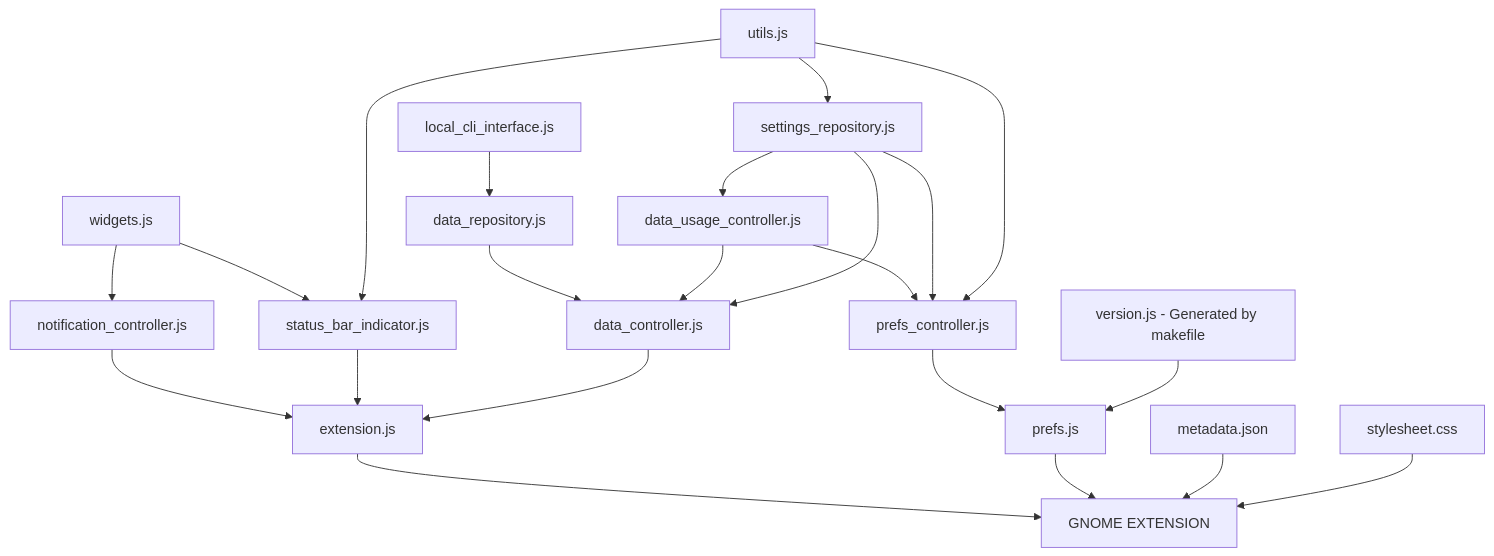
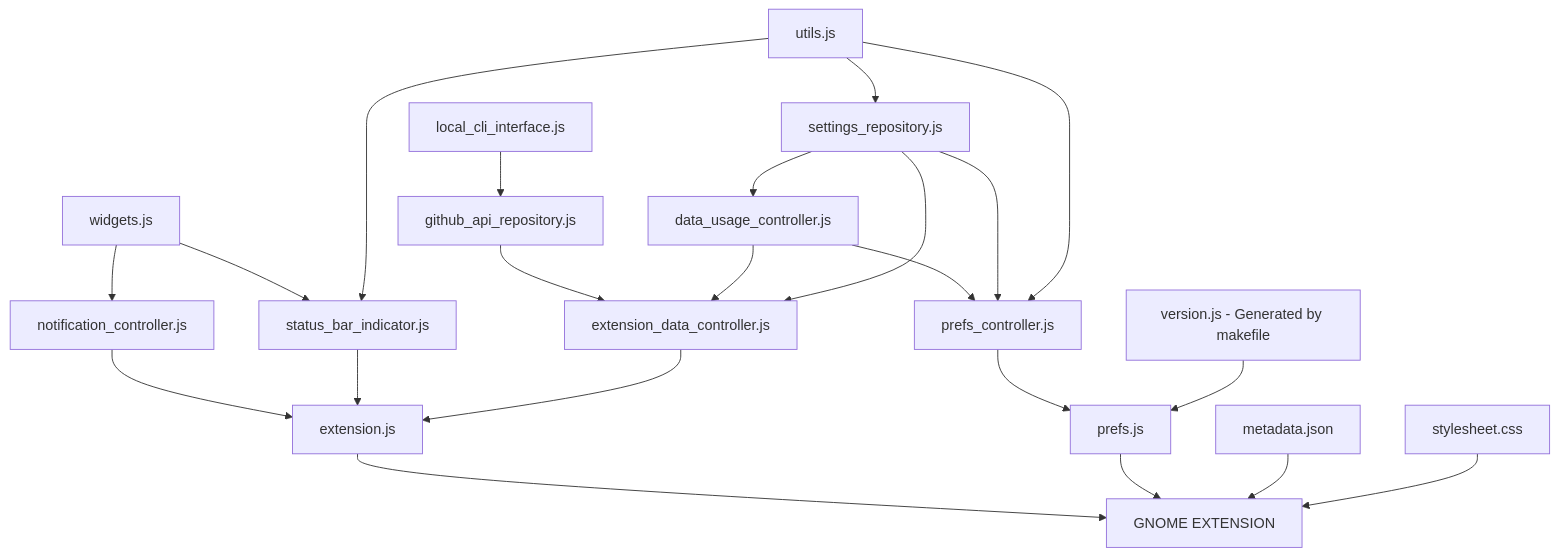
One commit to arononak/github-actions-gnome-extension changed the diagram in README.md. Above: the diagram before and after it, drawn with Mermaid. The commit also changed 3 other files, not shown here.

````diff
--- a/README.md
+++ b/README.md
@@ -47,26 +47,26 @@
 ```mermaid
 graph TD;
-    local_cli_interface.js-->data_repository.js;
-    data_repository.js-->data_controller.js;
+    local_cli_interface.js-->github_api_repository.js;
+    github_api_repository.js-->extension_data_controller.js;
     widgets.js-->status_bar_indicator.js;
     widgets.js-->notification_controller.js;
     notification_controller.js-->extension.js;
     status_bar_indicator.js-->extension.js;
-    data_usage_controller.js-->data_controller.js;
-    data_controller.js-->extension.js;
+    data_usage_controller.js-->extension_data_controller.js;
+    extension_data_controller.js-->extension.js;
     settings_repository.js-->data_usage_controller.js;
     utils.js-->status_bar_indicator.js;
     utils.js-->settings_repository.js;
     data_usage_controller.js-->prefs_controller.js;
     settings_repository.js-->prefs_controller.js;
-    settings_repository.js-->data_controller.js;
+    settings_repository.js-->extension_data_controller.js;
     utils.js-->prefs_controller.js;
     prefs_controller.js-->prefs.js
 
     version.js[version.js - Generated by makefile]-->prefs.js;
 
     extension.js-->EXTENSION[GNOME EXTENSION]
     prefs.js-->EXTENSION[GNOME EXTENSION]
     metadata.json-->EXTENSION[GNOME EXTENSION]
     stylesheet.css-->EXTENSION[GNOME EXTENSION]
 ```
````
